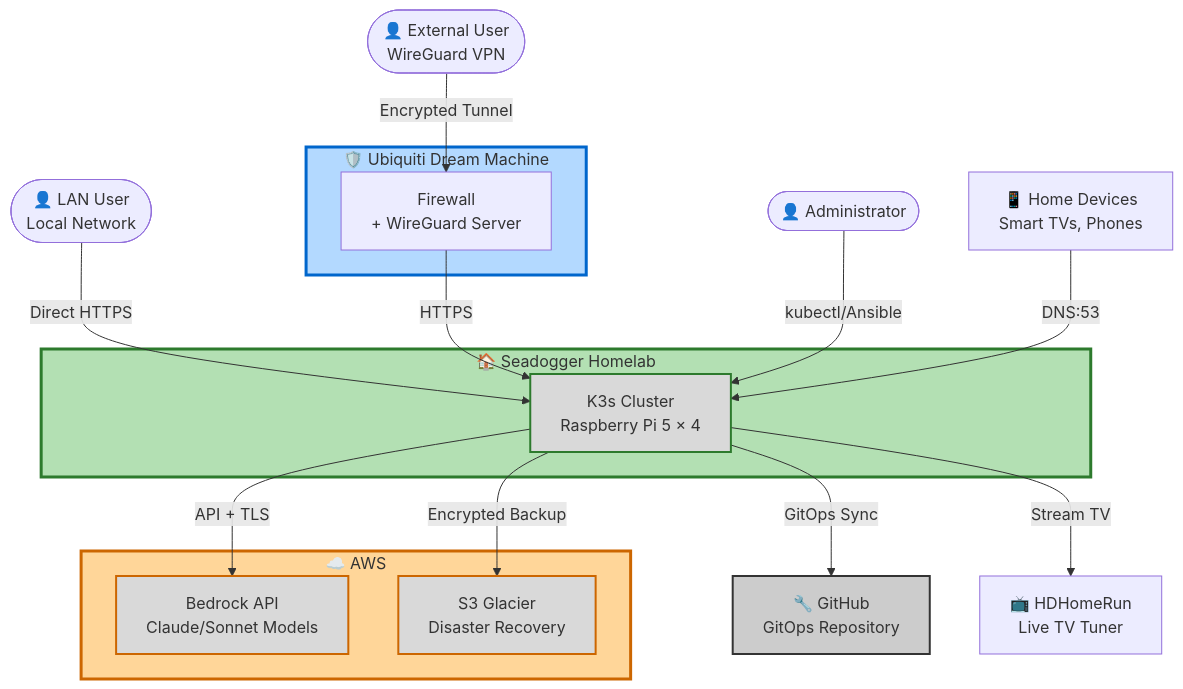
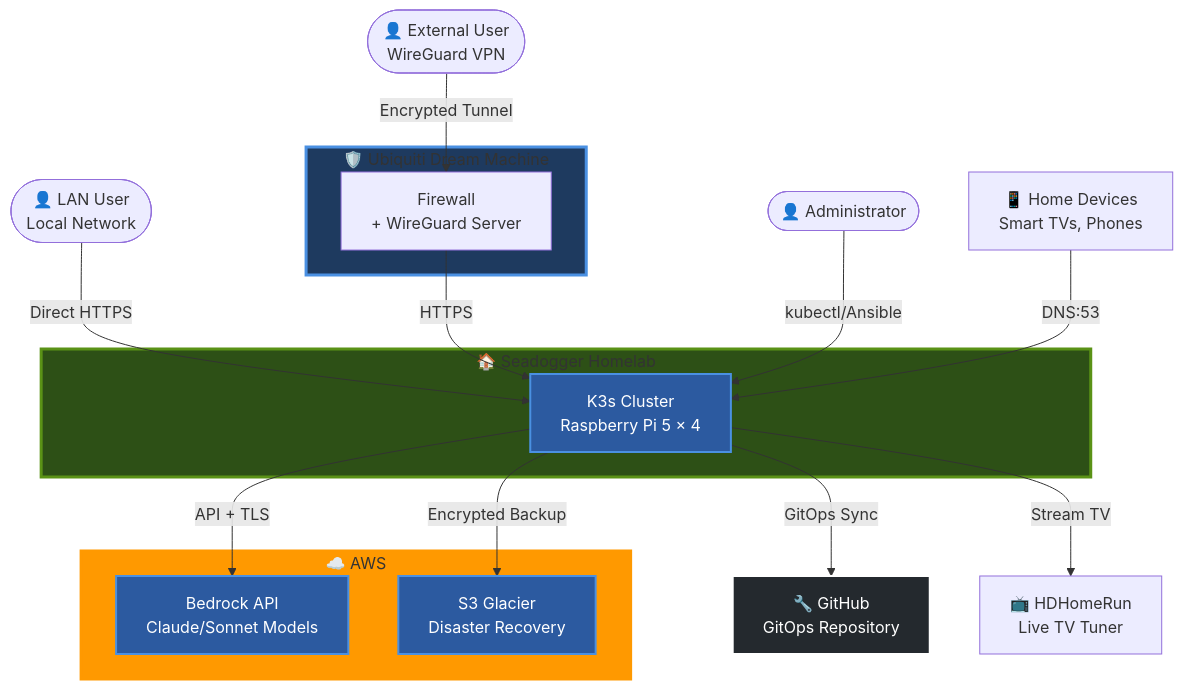
One commit to seadogger-tech/seadogger-homelab changed the first of 6 diagrams in docs/wiki/02-Architecture.md. Above: the diagram before and after it, drawn with Mermaid. The commit also changed other lines of this file and 1 other file, not shown here.

First line of the commit message:
Revert to original dark color scheme for diagram blocks

````diff
--- a/docs/wiki/02-Architecture.md
+++ b/docs/wiki/02-Architecture.md
@@ -18,42 +18,42 @@
 ```mermaid
 graph TB
     LAN_User([👤 LAN User<br/>Local Network])
     VPN_User([👤 External User<br/>WireGuard VPN])
     Admin([👤 Administrator])
 
     subgraph UDM["🛡️ Ubiquiti Dream Machine"]
         Firewall[Firewall<br/>+ WireGuard Server]
     end
 
     subgraph Homelab["🏠 Seadogger Homelab"]
         K3s[K3s Cluster<br/>Raspberry Pi 5 × 4]
     end
 
     subgraph AWS_Cloud["☁️ AWS"]
         Bedrock[Bedrock API<br/>Claude/Sonnet Models]
         S3[S3 Glacier<br/>Disaster Recovery]
     end
 
     GitHub[🔧 GitHub<br/>GitOps Repository]
     HDHomeRun[📺 HDHomeRun<br/>Live TV Tuner]
     Devices[📱 Home Devices<br/>Smart TVs, Phones]
 
     LAN_User -->|Direct HTTPS| K3s
     VPN_User -->|Encrypted Tunnel| Firewall
     Firewall -->|HTTPS| K3s
     Admin -->|kubectl/Ansible| K3s
 
     K3s -->|API + TLS| Bedrock
     K3s -->|GitOps Sync| GitHub
     K3s -->|Encrypted Backup| S3
     K3s -->|Stream TV| HDHomeRun
     Devices -->|DNS:53| K3s
 
-    style UDM fill:#b3d9ff,stroke:#0066cc,stroke-width:3px
-    style Homelab fill:#b3e0b3,stroke:#2d7a2d,stroke-width:3px
-    style K3s fill:#d9d9d9,stroke:#2d7a2d,stroke-width:2px
-    style AWS_Cloud fill:#ffd699,stroke:#cc6600,stroke-width:3px
-    style Bedrock fill:#d9d9d9,stroke:#cc6600,stroke-width:2px
-    style S3 fill:#d9d9d9,stroke:#cc6600,stroke-width:2px
-    style GitHub fill:#cccccc,stroke:#333333,stroke-width:2px
+    style UDM fill:#1e3a5f,stroke:#4a90e2,stroke-width:3px
+    style Homelab fill:#2d5016,stroke:#5a9216,stroke-width:3px
+    style K3s fill:#2c5aa0,stroke:#4a90e2,stroke-width:2px,color:#fff
+    style AWS_Cloud fill:#ff9900,stroke:#ff9900,stroke-width:3px
+    style Bedrock fill:#2c5aa0,stroke:#4a90e2,stroke-width:2px,color:#fff
+    style S3 fill:#2c5aa0,stroke:#4a90e2,stroke-width:2px,color:#fff
+    style GitHub fill:#24292e,stroke:#ffffff,stroke-width:2px,color:#fff
 ```
````
